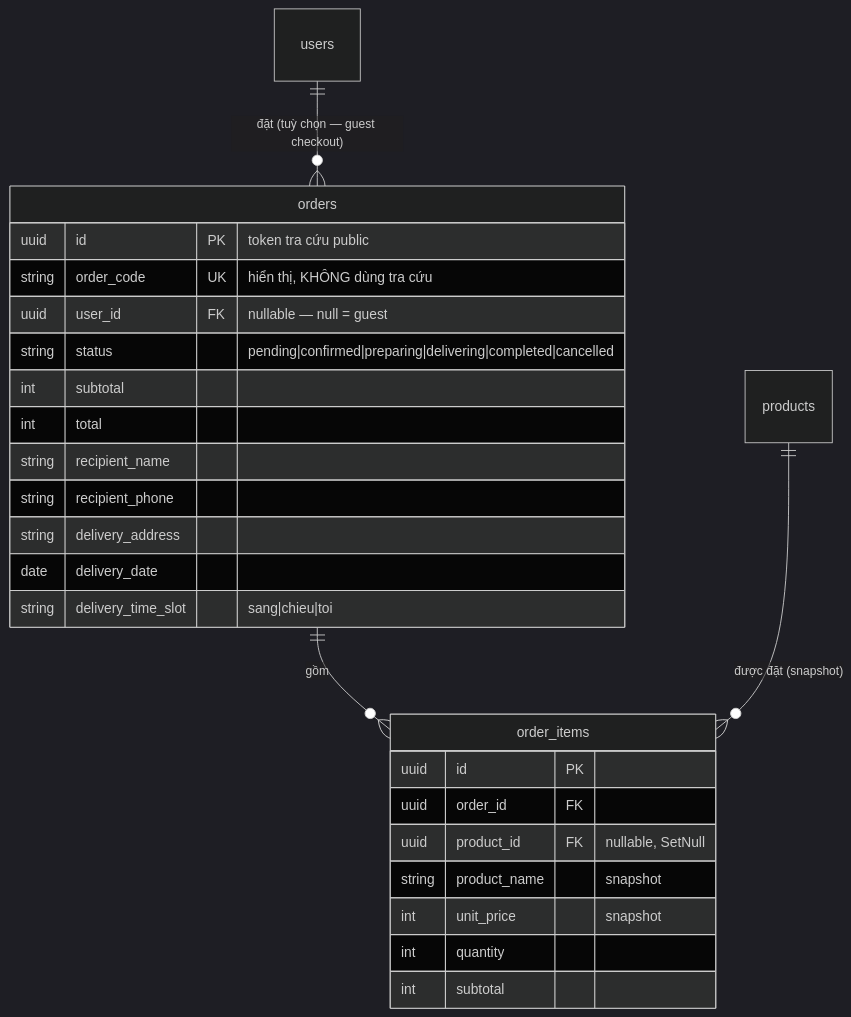
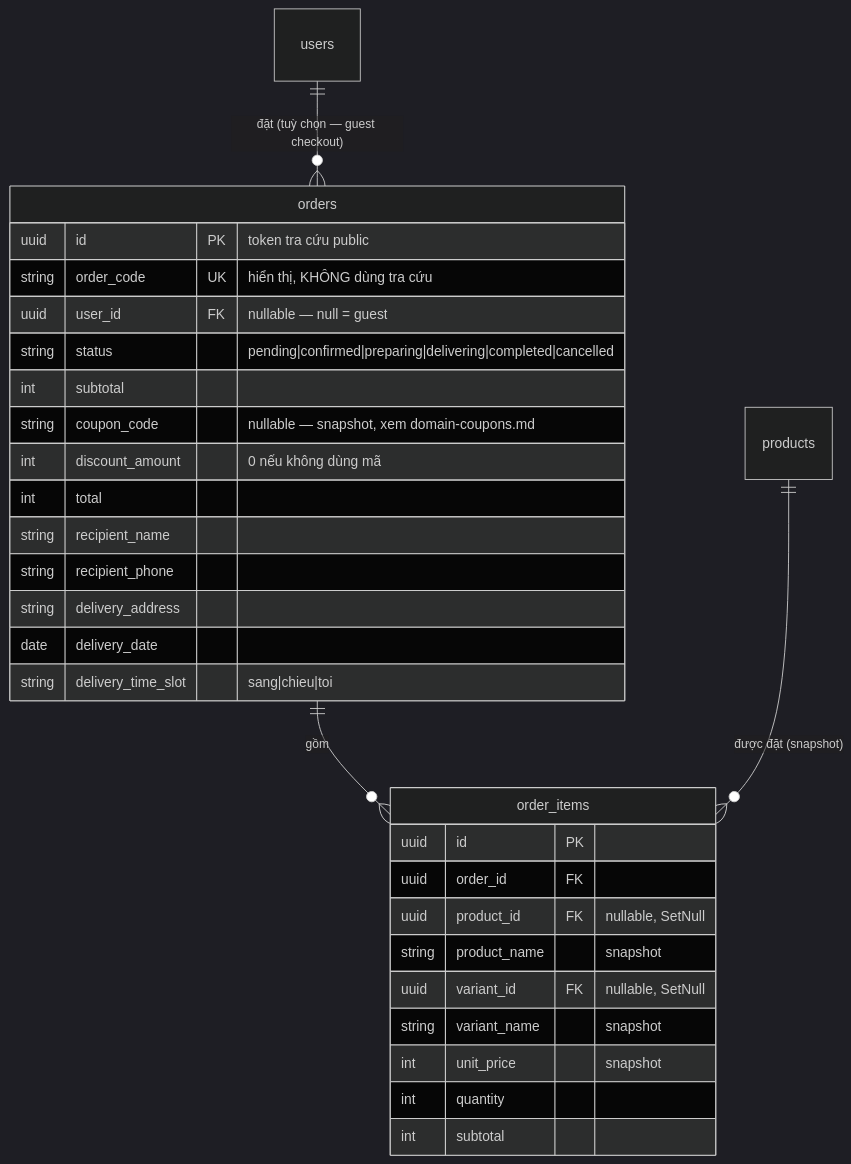
The second of 6 diagrams in docs/modules/domain-orders.md (Hungvu0712/FLOWER), drawn with Mermaid (dark theme) before and after one commit. The commit also changed other lines of this file and 223 other files, not shown here.

First line of the commit message:
Complete Phase 5 domain features: occasions, addresses, wishlist, reviews, coupons, blog/newsletter, special-date reminders, realtime order status, Hero petals animation, and admin-editable site content

````diff
--- a/docs/modules/domain-orders.md
+++ b/docs/modules/domain-orders.md
@@ -68,29 +68,33 @@
 ```mermaid
 erDiagram
     orders ||--o{ order_items : "gồm"
     products ||--o{ order_items : "được đặt (snapshot)"
     users ||--o{ orders : "đặt (tuỳ chọn — guest checkout)"
 
     orders {
         uuid id PK "token tra cứu public"
         string order_code UK "hiển thị, KHÔNG dùng tra cứu"
         uuid user_id FK "nullable — null = guest"
         string status "pending|confirmed|preparing|delivering|completed|cancelled"
         int subtotal
+        string coupon_code "nullable — snapshot, xem domain-coupons.md"
+        int discount_amount "0 nếu không dùng mã"
         int total
         string recipient_name
         string recipient_phone
         string delivery_address
         date delivery_date
         string delivery_time_slot "sang|chieu|toi"
     }
     order_items {
         uuid id PK
         uuid order_id FK
         uuid product_id FK "nullable, SetNull"
         string product_name "snapshot"
+        uuid variant_id FK "nullable, SetNull"
+        string variant_name "snapshot"
         int unit_price "snapshot"
         int quantity
         int subtotal
     }
 ```
````
